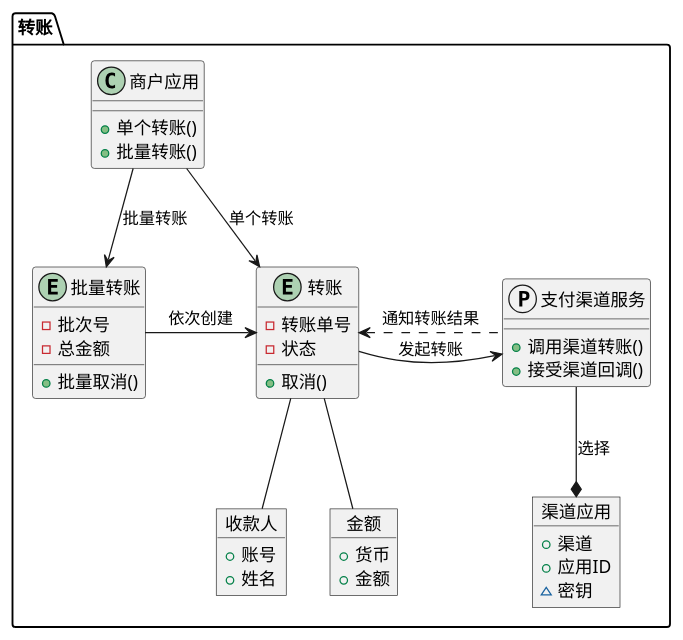
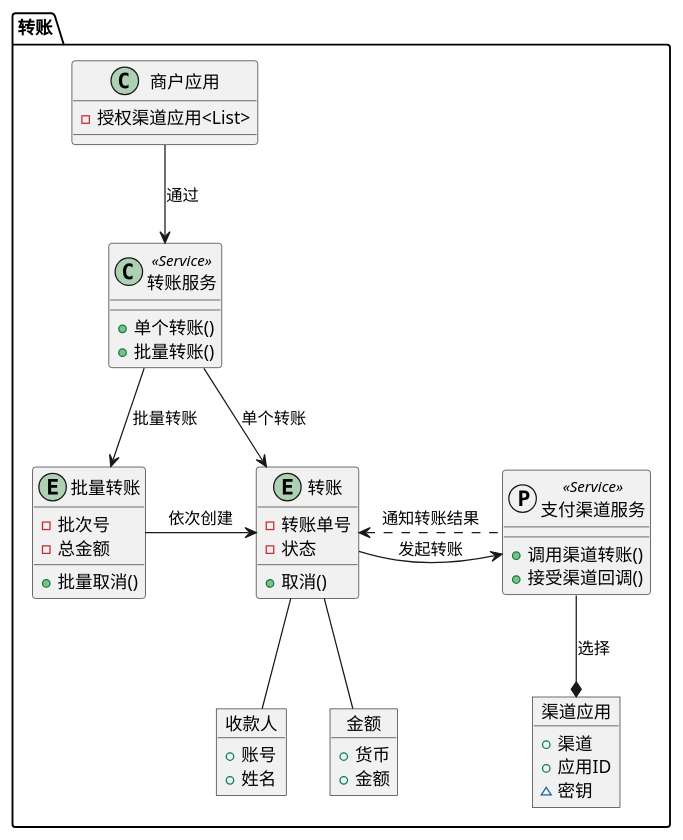
Before and after one commit to red-jasmine/docs: the second of 2 diagrams in docs/payments/transfer.md, drawn with PlantUML. The commit also changed other lines of this file and 1 other file, not shown here.

Commit message:
docs(payments): 更新支付领域模型和转账服务
- 在支付领域模型中添加了商户系统、支付渠道、异步通知等元素
- 新增了支付渠道服务、对账等服务类
- 优化了支付路由、对账等现有服务的结构
- 在转账服务中增加了单个转账和批量转账的功能
- 调整了商户应用与转账服务的交互方式
- 添加了支付渠道服务与外部支付渠道的交互协议

````diff
--- a/docs/payments/transfer.md
+++ b/docs/payments/transfer.md
@@ -96,58 +96,62 @@
 ```plantuml
 @startuml
 
 
 package "转账"{
 
 object 收款人 {
 + 账号
 + 姓名
   }
 
 object 金额 {
 + 货币
 + 金额
   }
 
 object 渠道应用 {
 + 渠道
 + 应用ID
 ~ 密钥
   }
 
 class 商户应用 {
+- 授权渠道应用<List>
+  }
+
+class 转账服务 <<Service>>{
 + 单个转账()
 + 批量转账()
-  }
+}
 
 entity 批量转账 {
 - 批次号
 - 总金额
 + 批量取消()
   }
 
 entity 转账 {
 - 转账单号
 - 状态
 + 取消()
   }
-
-商户应用 --> 转账 : 单个转账
-商户应用 --> 批量转账 : 批量转账
+商户应用 --> 转账服务: 通过
+转账服务 --> 转账 : 单个转账
+转账服务 --> 批量转账 : 批量转账
 批量转账 -> 转账 : 依次创建
 
 转账 -- 收款人
 转账 -- 金额
 
-protocol 支付渠道服务 {
+protocol 支付渠道服务 <<Service>> {
 + 调用渠道转账()
 + 接受渠道回调()
   }
 
 支付渠道服务 --* 渠道应用: 选择
 转账 -> 支付渠道服务 : 发起转账
 转账 <. 支付渠道服务 : 通知转账结果
 
 }
 @enduml
 ```
````
